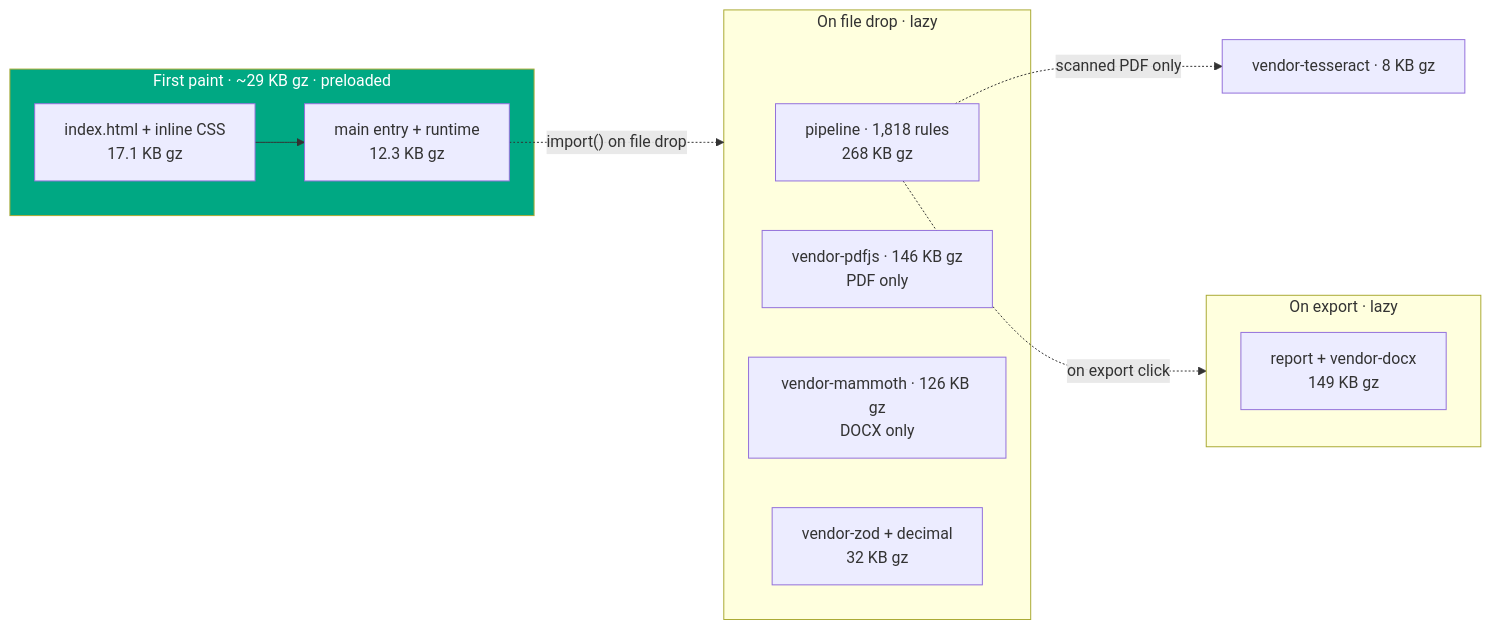
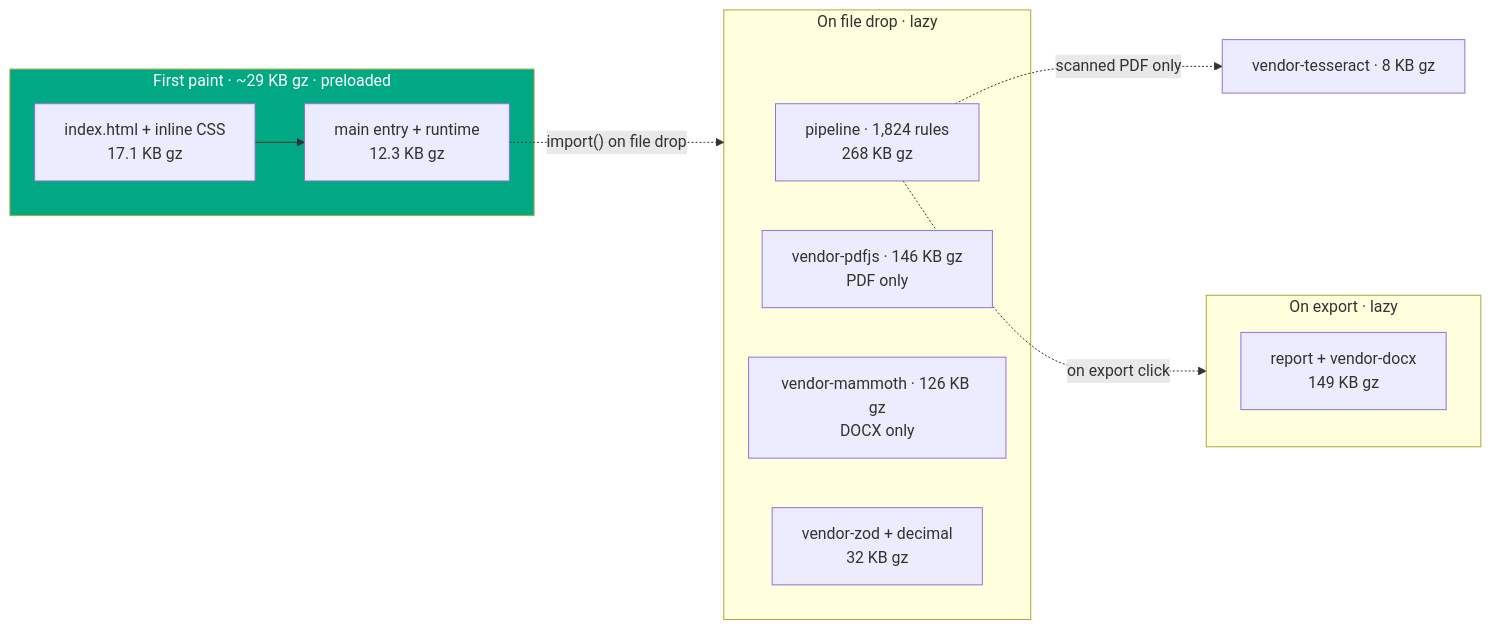
The tenth of 11 diagrams in README.md (clay-good/vaulytica), drawn with Mermaid before and after one commit. The commit also changed other lines of this file and 378 other files, not shown here.

````diff
--- a/README.md
+++ b/README.md
@@ -1275,19 +1275,19 @@
 ```mermaid
 flowchart LR
   subgraph FP["First paint · ~29 KB gz · preloaded"]
     H[index.html + inline CSS<br/>17.1 KB gz] --> M[main entry + runtime<br/>12.3 KB gz]
   end
   M -. "import() on file drop" .-> DROP
   subgraph DROP["On file drop · lazy"]
-    P[pipeline · 1,818 rules<br/>268 KB gz]
+    P[pipeline · 1,824 rules<br/>268 KB gz]
     PDF[vendor-pdfjs · 146 KB gz<br/>PDF only]
     DOCXIN[vendor-mammoth · 126 KB gz<br/>DOCX only]
     Z[vendor-zod + decimal<br/>32 KB gz]
   end
   P -. "on export click" .-> EXP
   subgraph EXP["On export · lazy"]
     RPT[report + vendor-docx<br/>149 KB gz]
   end
   P -. "scanned PDF only" .-> OCR[vendor-tesseract · 8 KB gz]
   style FP fill:#00A883,color:#fff
 ```
````
